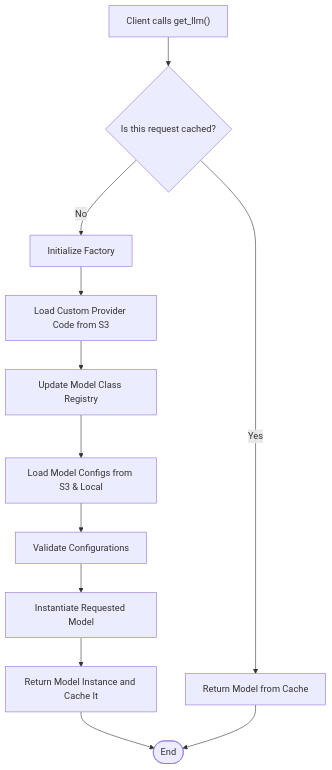
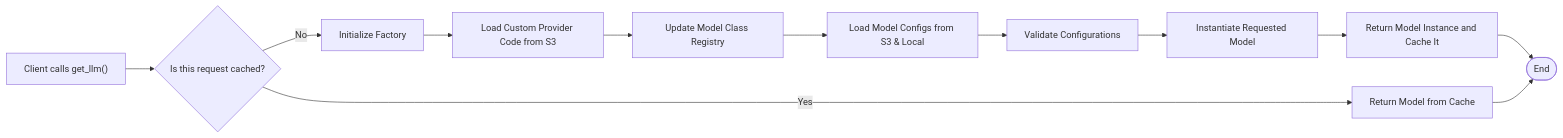
The second of 2 diagrams in _posts/2025-09-15-llm-dynamic-factory-design-pattern.md (Blacksuan19/website), drawn with Mermaid before and after one commit. The commit also changed 2 other files, not shown here.

Commit message:
feat(mermaid): add interactive diagram viewer
- replace the inline Mermaid setup with a dedicated viewer script
- add richer diagram rendering with zoom and presentation controls
- centralize Mermaid initialization instead of embedding large inline scripts
- update the existing LLM factory diagram content to match the new rendering flow

````diff
--- a/_posts/2025-09-15-llm-dynamic-factory-design-pattern.md
+++ b/_posts/2025-09-15-llm-dynamic-factory-design-pattern.md
@@ -90,16 +90,16 @@
 ```mermaid
-graph TD
+graph LR
     A["Client calls get_llm()"] --> B{Is this request cached?};
     B -- No --> C["Initialize Factory"];
     C --> D["Load Custom Provider Code from S3"];
     D --> E["Update Model Class Registry"];
     E --> F["Load Model Configs from S3 & Local"];
     F --> G["Validate Configurations"];
     G --> H["Instantiate Requested Model"];
     H --> I["Return Model Instance and Cache It"];
     B -- Yes --> J["Return Model from Cache"];
     I --> K([End]);
     J --> K;
 
 
 ```
````
